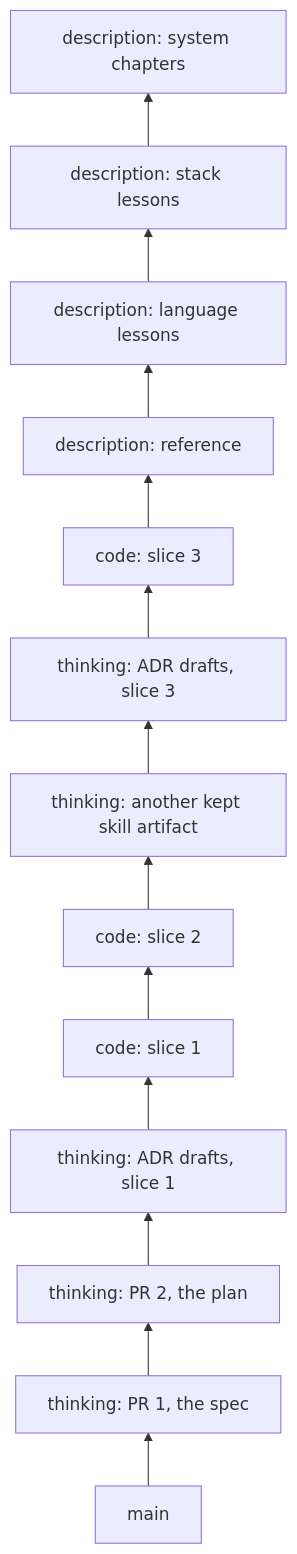
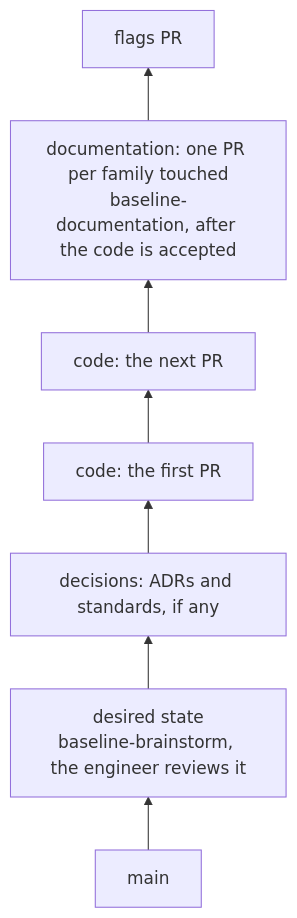
One commit to chandanbsd/baseline-framework changed the first of 2 diagrams in docs/agents/stacks.md. Above: the diagram before and after it, drawn with Mermaid. The commit also changed other lines of this file and 6 other files, not shown here.

First line of the commit message:
docs: AGENTS.md and the playbooks follow the new flow, and the docs-agent playbook goes

````diff
--- a/docs/agents/stacks.md
+++ b/docs/agents/stacks.md
@@ -27,17 +7,11 @@
 ```mermaid
 flowchart BT
     M["main"]
-    T1["thinking: PR 1, the spec"]
-    T2["thinking: PR 2, the plan"]
-    T3["thinking: ADR drafts, slice 1"]
-    C1["code: slice 1"]
-    C2["code: slice 2"]
-    TX["thinking: another kept skill artifact"]
-    T4["thinking: ADR drafts, slice 3"]
-    C3["code: slice 3"]
-    D1["description: reference"]
-    D2["description: language lessons"]
-    D3["description: stack lessons"]
-    D4["description: system chapters"]
-    M --> T1 --> T2 --> T3 --> C1 --> C2 --> TX --> T4 --> C3 --> D1 --> D2 --> D3 --> D4
+    DS["desired state<br/>baseline-brainstorm, the engineer reviews it"]
+    DEC["decisions: ADRs and standards, if any"]
+    C1["code: the first PR"]
+    C2["code: the next PR"]
+    D1["documentation: one PR per family touched<br/>baseline-documentation, after the code is accepted"]
+    FL["flags PR"]
+    M --> DS --> DEC --> C1 --> C2 --> D1 --> FL
 ```
````
